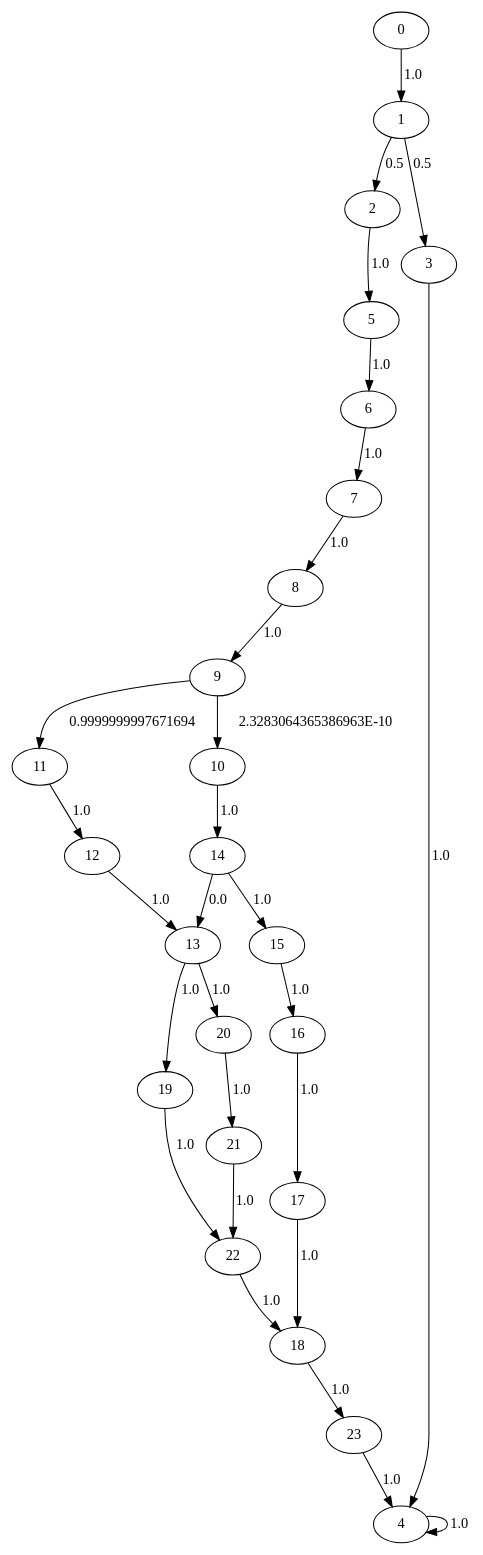
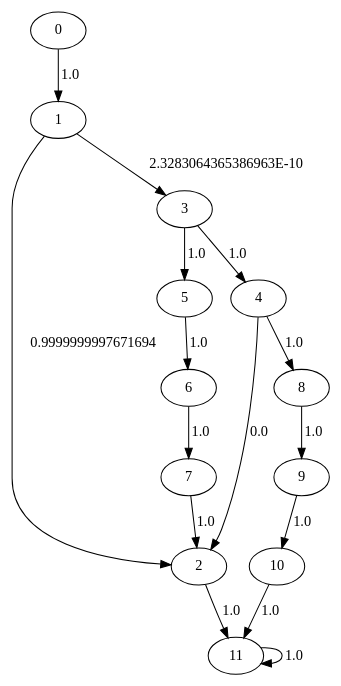
One commit to seemantasaha/DependencyAnalysis changed the diagram in LMain_test.dot. Above: the diagram before and after it, drawn with Graphviz. The commit also changed 15 other files, not shown here.

```diff
--- a/LMain_test.dot
+++ b/LMain_test.dot
@@ -1,30 +1,17 @@
 digraph {
-	11 -> 12[label= "1.0"];
-	22 -> 18[label= "1.0"];
-	12 -> 13[label= "1.0"];
-	23 -> 4[label= "1.0"];
-	13 -> 19[label= "1.0"];
-	13 -> 20[label= "1.0"];
-	14 -> 13[label= "0.0"];
-	14 -> 15[label= "1.0"];
-	15 -> 16[label= "1.0"];
-	16 -> 17[label= "1.0"];
-	17 -> 18[label= "1.0"];
-	18 -> 23[label= "1.0"];
-	19 -> 22[label= "1.0"];
 	0 -> 1[label= "1.0"];
-	1 -> 2[label= "0.5"];
-	1 -> 3[label= "0.5"];
-	2 -> 5[label= "1.0"];
+	11 -> 11[label= "1.0"];
+	1 -> 2[label= "0.9999999997671694"];
+	1 -> 3[label= "2.3283064365386963E-10"];
+	2 -> 11[label= "1.0"];
 	3 -> 4[label= "1.0"];
-	4 -> 4[label= "1.0"];
+	3 -> 5[label= "1.0"];
+	4 -> 2[label= "0.0"];
+	4 -> 8[label= "1.0"];
 	5 -> 6[label= "1.0"];
 	6 -> 7[label= "1.0"];
-	7 -> 8[label= "1.0"];
+	7 -> 2[label= "1.0"];
 	8 -> 9[label= "1.0"];
-	9 -> 10[label= "2.3283064365386963E-10"];
-	9 -> 11[label= "0.9999999997671694"];
-	20 -> 21[label= "1.0"];
-	10 -> 14[label= "1.0"];
-	21 -> 22[label= "1.0"];
+	9 -> 10[label= "1.0"];
+	10 -> 11[label= "1.0"];
 }
```
